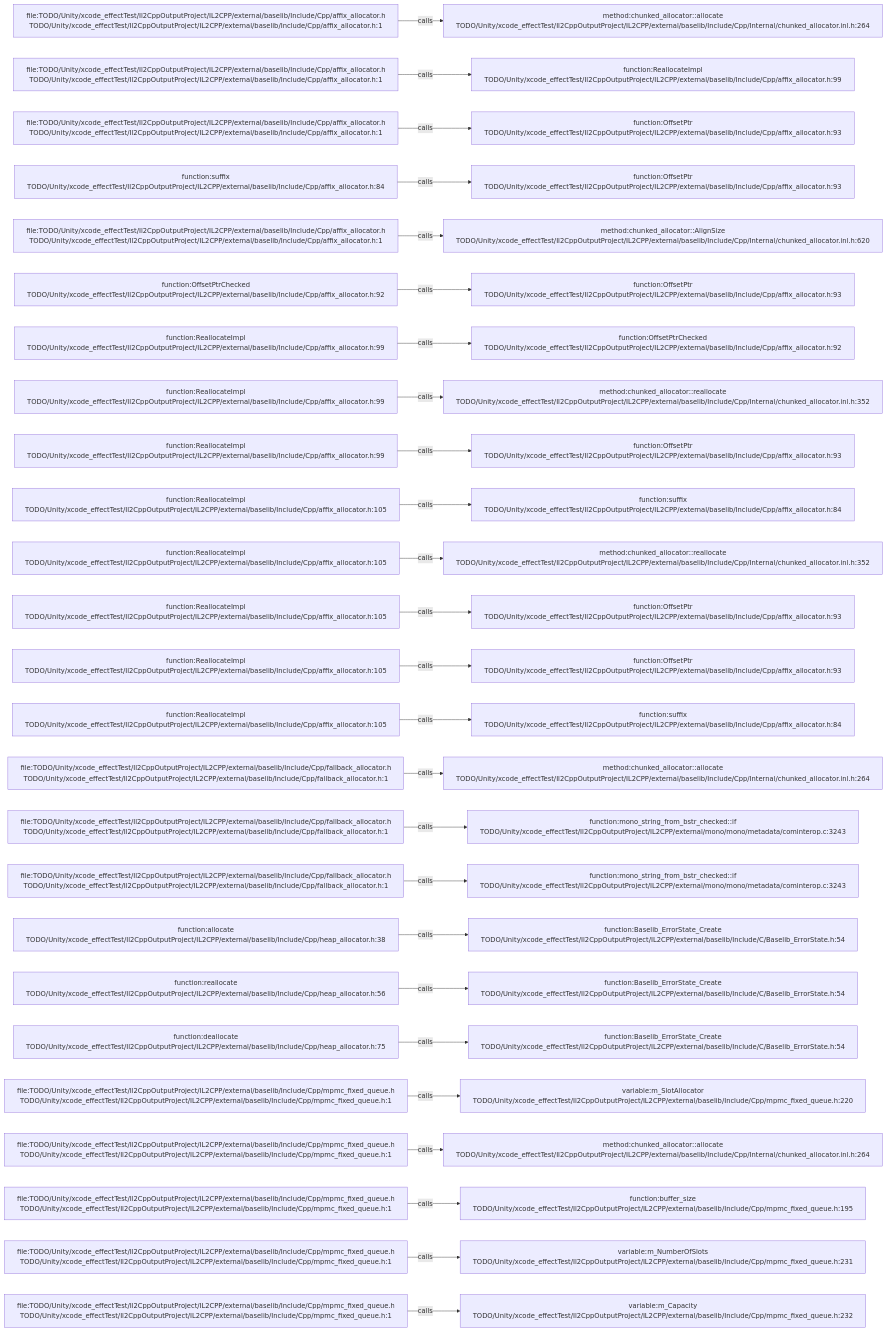
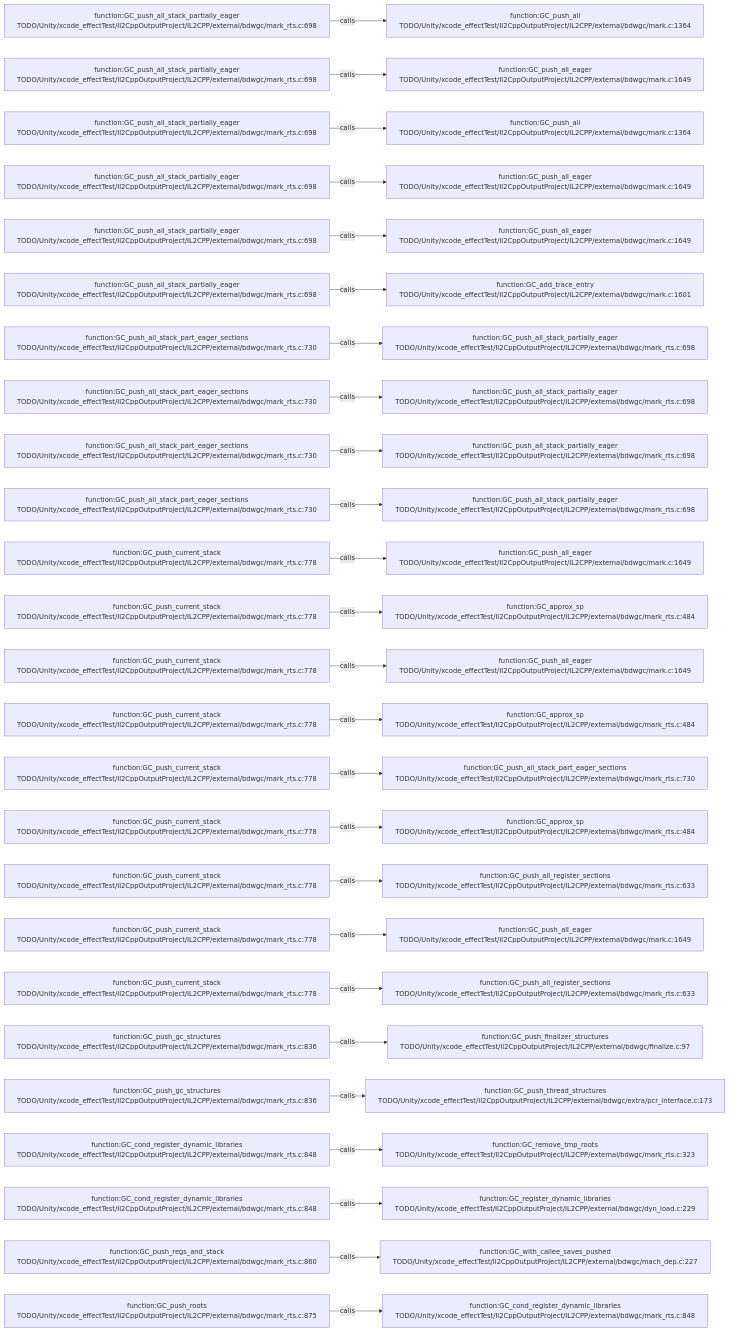
The diagram in .codegraph/codegraph.md/graphs/calls-136.md (JobsKits/JobsSwiftBaseConfigDemo), drawn with Mermaid before and after one commit. The commit also changed 227 other files, not shown here.

````diff
--- a/.codegraph/codegraph.md/graphs/calls-136.md
+++ b/.codegraph/codegraph.md/graphs/calls-136.md
@@ -13,78 +13,78 @@
 ```mermaid
 flowchart LR
-  S1["file:TODO/Unity/xcode_effectTest/Il2CppOutputProject/IL2CPP/external/baselib/Include/Cpp/affix_allocator.h<br/>TODO/Unity/xcode_effectTest/Il2CppOutputProject/IL2CPP/external/baselib/Include/Cpp/affix_allocator.h:1"]
-  T1["method:chunked_allocator::allocate<br/>TODO/Unity/xcode_effectTest/Il2CppOutputProject/IL2CPP/external/baselib/Include/Cpp/Internal/chunked_allocator.inl.h:264"]
+  S1["function:GC_push_all_stack_partially_eager<br/>TODO/Unity/xcode_effectTest/Il2CppOutputProject/IL2CPP/external/bdwgc/mark_rts.c:698"]
+  T1["function:GC_push_all<br/>TODO/Unity/xcode_effectTest/Il2CppOutputProject/IL2CPP/external/bdwgc/mark.c:1364"]
   S1 -->|calls| T1
-  S2["file:TODO/Unity/xcode_effectTest/Il2CppOutputProject/IL2CPP/external/baselib/Include/Cpp/affix_allocator.h<br/>TODO/Unity/xcode_effectTest/Il2CppOutputProject/IL2CPP/external/baselib/Include/Cpp/affix_allocator.h:1"]
-  T2["function:ReallocateImpl<br/>TODO/Unity/xcode_effectTest/Il2CppOutputProject/IL2CPP/external/baselib/Include/Cpp/affix_allocator.h:99"]
+  S2["function:GC_push_all_stack_partially_eager<br/>TODO/Unity/xcode_effectTest/Il2CppOutputProject/IL2CPP/external/bdwgc/mark_rts.c:698"]
+  T2["function:GC_push_all_eager<br/>TODO/Unity/xcode_effectTest/Il2CppOutputProject/IL2CPP/external/bdwgc/mark.c:1649"]
   S2 -->|calls| T2
-  S3["file:TODO/Unity/xcode_effectTest/Il2CppOutputProject/IL2CPP/external/baselib/Include/Cpp/affix_allocator.h<br/>TODO/Unity/xcode_effectTest/Il2CppOutputProject/IL2CPP/external/baselib/Include/Cpp/affix_allocator.h:1"]
-  T3["function:OffsetPtr<br/>TODO/Unity/xcode_effectTest/Il2CppOutputProject/IL2CPP/external/baselib/Include/Cpp/affix_allocator.h:93"]
+  S3["function:GC_push_all_stack_partially_eager<br/>TODO/Unity/xcode_effectTest/Il2CppOutputProject/IL2CPP/external/bdwgc/mark_rts.c:698"]
+  T3["function:GC_push_all<br/>TODO/Unity/xcode_effectTest/Il2CppOutputProject/IL2CPP/external/bdwgc/mark.c:1364"]
   S3 -->|calls| T3
-  S4["function:suffix<br/>TODO/Unity/xcode_effectTest/Il2CppOutputProject/IL2CPP/external/baselib/Include/Cpp/affix_allocator.h:84"]
-  T4["function:OffsetPtr<br/>TODO/Unity/xcode_effectTest/Il2CppOutputProject/IL2CPP/external/baselib/Include/Cpp/affix_allocator.h:93"]
+  S4["function:GC_push_all_stack_partially_eager<br/>TODO/Unity/xcode_effectTest/Il2CppOutputProject/IL2CPP/external/bdwgc/mark_rts.c:698"]
+  T4["function:GC_push_all_eager<br/>TODO/Unity/xcode_effectTest/Il2CppOutputProject/IL2CPP/external/bdwgc/mark.c:1649"]
   S4 -->|calls| T4
-  S5["file:TODO/Unity/xcode_effectTest/Il2CppOutputProject/IL2CPP/external/baselib/Include/Cpp/affix_allocator.h<br/>TODO/Unity/xcode_effectTest/Il2CppOutputProject/IL2CPP/external/baselib/Include/Cpp/affix_allocator.h:1"]
-  T5["method:chunked_allocator::AlignSize<br/>TODO/Unity/xcode_effectTest/Il2CppOutputProject/IL2CPP/external/baselib/Include/Cpp/Internal/chunked_allocator.inl.h:620"]
+  S5["function:GC_push_all_stack_partially_eager<br/>TODO/Unity/xcode_effectTest/Il2CppOutputProject/IL2CPP/external/bdwgc/mark_rts.c:698"]
+  T5["function:GC_push_all_eager<br/>TODO/Unity/xcode_effectTest/Il2CppOutputProject/IL2CPP/external/bdwgc/mark.c:1649"]
   S5 -->|calls| T5
-  S6["function:OffsetPtrChecked<br/>TODO/Unity/xcode_effectTest/Il2CppOutputProject/IL2CPP/external/baselib/Include/Cpp/affix_allocator.h:92"]
-  T6["function:OffsetPtr<br/>TODO/Unity/xcode_effectTest/Il2CppOutputProject/IL2CPP/external/baselib/Include/Cpp/affix_allocator.h:93"]
+  S6["function:GC_push_all_stack_partially_eager<br/>TODO/Unity/xcode_effectTest/Il2CppOutputProject/IL2CPP/external/bdwgc/mark_rts.c:698"]
+  T6["function:GC_add_trace_entry<br/>TODO/Unity/xcode_effectTest/Il2CppOutputProject/IL2CPP/external/bdwgc/mark.c:1601"]
   S6 -->|calls| T6
-  S7["function:ReallocateImpl<br/>TODO/Unity/xcode_effectTest/Il2CppOutputProject/IL2CPP/external/baselib/Include/Cpp/affix_allocator.h:99"]
-  T7["function:OffsetPtrChecked<br/>TODO/Unity/xcode_effectTest/Il2CppOutputProject/IL2CPP/external/baselib/Include/Cpp/affix_allocator.h:92"]
+  S7["function:GC_push_all_stack_part_eager_sections<br/>TODO/Unity/xcode_effectTest/Il2CppOutputProject/IL2CPP/external/bdwgc/mark_rts.c:730"]
+  T7["function:GC_push_all_stack_partially_eager<br/>TODO/Unity/xcode_effectTest/Il2CppOutputProject/IL2CPP/external/bdwgc/mark_rts.c:698"]
   S7 -->|calls| T7
-  S8["function:ReallocateImpl<br/>TODO/Unity/xcode_effectTest/Il2CppOutputProject/IL2CPP/external/baselib/Include/Cpp/affix_allocator.h:99"]
-  T8["method:chunked_allocator::reallocate<br/>TODO/Unity/xcode_effectTest/Il2CppOutputProject/IL2CPP/external/baselib/Include/Cpp/Internal/chunked_allocator.inl.h:352"]
+  S8["function:GC_push_all_stack_part_eager_sections<br/>TODO/Unity/xcode_effectTest/Il2CppOutputProject/IL2CPP/external/bdwgc/mark_rts.c:730"]
+  T8["function:GC_push_all_stack_partially_eager<br/>TODO/Unity/xcode_effectTest/Il2CppOutputProject/IL2CPP/external/bdwgc/mark_rts.c:698"]
   S8 -->|calls| T8
-  S9["function:ReallocateImpl<br/>TODO/Unity/xcode_effectTest/Il2CppOutputProject/IL2CPP/external/baselib/Include/Cpp/affix_allocator.h:99"]
-  T9["function:OffsetPtr<br/>TODO/Unity/xcode_effectTest/Il2CppOutputProject/IL2CPP/external/baselib/Include/Cpp/affix_allocator.h:93"]
+  S9["function:GC_push_all_stack_part_eager_sections<br/>TODO/Unity/xcode_effectTest/Il2CppOutputProject/IL2CPP/external/bdwgc/mark_rts.c:730"]
+  T9["function:GC_push_all_stack_partially_eager<br/>TODO/Unity/xcode_effectTest/Il2CppOutputProject/IL2CPP/external/bdwgc/mark_rts.c:698"]
   S9 -->|calls| T9
-  S10["function:ReallocateImpl<br/>TODO/Unity/xcode_effectTest/Il2CppOutputProject/IL2CPP/external/baselib/Include/Cpp/affix_allocator.h:105"]
-  T10["function:suffix<br/>TODO/Unity/xcode_effectTest/Il2CppOutputProject/IL2CPP/external/baselib/Include/Cpp/affix_allocator.h:84"]
+  S10["function:GC_push_all_stack_part_eager_sections<br/>TODO/Unity/xcode_effectTest/Il2CppOutputProject/IL2CPP/external/bdwgc/mark_rts.c:730"]
+  T10["function:GC_push_all_stack_partially_eager<br/>TODO/Unity/xcode_effectTest/Il2CppOutputProject/IL2CPP/external/bdwgc/mark_rts.c:698"]
   S10 -->|calls| T10
-  S11["function:ReallocateImpl<br/>TODO/Unity/xcode_effectTest/Il2CppOutputProject/IL2CPP/external/baselib/Include/Cpp/affix_allocator.h:105"]
-  T11["method:chunked_allocator::reallocate<br/>TODO/Unity/xcode_effectTest/Il2CppOutputProject/IL2CPP/external/baselib/Include/Cpp/Internal/chunked_allocator.inl.h:352"]
+  S11["function:GC_push_current_stack<br/>TODO/Unity/xcode_effectTest/Il2CppOutputProject/IL2CPP/external/bdwgc/mark_rts.c:778"]
+  T11["function:GC_push_all_eager<br/>TODO/Unity/xcode_effectTest/Il2CppOutputProject/IL2CPP/external/bdwgc/mark.c:1649"]
   S11 -->|calls| T11
-  S12["function:ReallocateImpl<br/>TODO/Unity/xcode_effectTest/Il2CppOutputProject/IL2CPP/external/baselib/Include/Cpp/affix_allocator.h:105"]
-  T12["function:OffsetPtr<br/>TODO/Unity/xcode_effectTest/Il2CppOutputProject/IL2CPP/external/baselib/Include/Cpp/affix_allocator.h:93"]
+  S12["function:GC_push_current_stack<br/>TODO/Unity/xcode_effectTest/Il2CppOutputProject/IL2CPP/external/bdwgc/mark_rts.c:778"]
+  T12["function:GC_approx_sp<br/>TODO/Unity/xcode_effectTest/Il2CppOutputProject/IL2CPP/external/bdwgc/mark_rts.c:484"]
   S12 -->|calls| T12
-  S13["function:ReallocateImpl<br/>TODO/Unity/xcode_effectTest/Il2CppOutputProject/IL2CPP/external/baselib/Include/Cpp/affix_allocator.h:105"]
-  T13["function:OffsetPtr<br/>TODO/Unity/xcode_effectTest/Il2CppOutputProject/IL2CPP/external/baselib/Include/Cpp/affix_allocator.h:93"]
+  S13["function:GC_push_current_stack<br/>TODO/Unity/xcode_effectTest/Il2CppOutputProject/IL2CPP/external/bdwgc/mark_rts.c:778"]
+  T13["function:GC_push_all_eager<br/>TODO/Unity/xcode_effectTest/Il2CppOutputProject/IL2CPP/external/bdwgc/mark.c:1649"]
   S13 -->|calls| T13
-  S14["function:ReallocateImpl<br/>TODO/Unity/xcode_effectTest/Il2CppOutputProject/IL2CPP/external/baselib/Include/Cpp/affix_allocator.h:105"]
-  T14["function:suffix<br/>TODO/Unity/xcode_effectTest/Il2CppOutputProject/IL2CPP/external/baselib/Include/Cpp/affix_allocator.h:84"]
+  S14["function:GC_push_current_stack<br/>TODO/Unity/xcode_effectTest/Il2CppOutputProject/IL2CPP/external/bdwgc/mark_rts.c:778"]
+  T14["function:GC_approx_sp<br/>TODO/Unity/xcode_effectTest/Il2CppOutputProject/IL2CPP/external/bdwgc/mark_rts.c:484"]
   S14 -->|calls| T14
-  S15["file:TODO/Unity/xcode_effectTest/Il2CppOutputProject/IL2CPP/external/baselib/Include/Cpp/fallback_allocator.h<br/>TODO/Unity/xcode_effectTest/Il2CppOutputProject/IL2CPP/external/baselib/Include/Cpp/fallback_allocator.h:1"]
-  T15["method:chunked_allocator::allocate<br/>TODO/Unity/xcode_effectTest/Il2CppOutputProject/IL2CPP/external/baselib/Include/Cpp/Internal/chunked_allocator.inl.h:264"]
+  S15["function:GC_push_current_stack<br/>TODO/Unity/xcode_effectTest/Il2CppOutputProject/IL2CPP/external/bdwgc/mark_rts.c:778"]
+  T15["function:GC_push_all_stack_part_eager_sections<br/>TODO/Unity/xcode_effectTest/Il2CppOutputProject/IL2CPP/external/bdwgc/mark_rts.c:730"]
   S15 -->|calls| T15
-  S16["file:TODO/Unity/xcode_effectTest/Il2CppOutputProject/IL2CPP/external/baselib/Include/Cpp/fallback_allocator.h<br/>TODO/Unity/xcode_effectTest/Il2CppOutputProject/IL2CPP/external/baselib/Include/Cpp/fallback_allocator.h:1"]
-  T16["function:mono_string_from_bstr_checked::if<br/>TODO/Unity/xcode_effectTest/Il2CppOutputProject/IL2CPP/external/mono/mono/metadata/cominterop.c:3243"]
+  S16["function:GC_push_current_stack<br/>TODO/Unity/xcode_effectTest/Il2CppOutputProject/IL2CPP/external/bdwgc/mark_rts.c:778"]
+  T16["function:GC_approx_sp<br/>TODO/Unity/xcode_effectTest/Il2CppOutputProject/IL2CPP/external/bdwgc/mark_rts.c:484"]
   S16 -->|calls| T16
-  S17["file:TODO/Unity/xcode_effectTest/Il2CppOutputProject/IL2CPP/external/baselib/Include/Cpp/fallback_allocator.h<br/>TODO/Unity/xcode_effectTest/Il2CppOutputProject/IL2CPP/external/baselib/Include/Cpp/fallback_allocator.h:1"]
-  T17["function:mono_string_from_bstr_checked::if<br/>TODO/Unity/xcode_effectTest/Il2CppOutputProject/IL2CPP/external/mono/mono/metadata/cominterop.c:3243"]
+  S17["function:GC_push_current_stack<br/>TODO/Unity/xcode_effectTest/Il2CppOutputProject/IL2CPP/external/bdwgc/mark_rts.c:778"]
+  T17["function:GC_push_all_register_sections<br/>TODO/Unity/xcode_effectTest/Il2CppOutputProject/IL2CPP/external/bdwgc/mark_rts.c:633"]
   S17 -->|calls| T17
-  S18["function:allocate<br/>TODO/Unity/xcode_effectTest/Il2CppOutputProject/IL2CPP/external/baselib/Include/Cpp/heap_allocator.h:38"]
-  T18["function:Baselib_ErrorState_Create<br/>TODO/Unity/xcode_effectTest/Il2CppOutputProject/IL2CPP/external/baselib/Include/C/Baselib_ErrorState.h:54"]
+  S18["function:GC_push_current_stack<br/>TODO/Unity/xcode_effectTest/Il2CppOutputProject/IL2CPP/external/bdwgc/mark_rts.c:778"]
+  T18["function:GC_push_all_eager<br/>TODO/Unity/xcode_effectTest/Il2CppOutputProject/IL2CPP/external/bdwgc/mark.c:1649"]
   S18 -->|calls| T18
-  S19["function:reallocate<br/>TODO/Unity/xcode_effectTest/Il2CppOutputProject/IL2CPP/external/baselib/Include/Cpp/heap_allocator.h:56"]
-  T19["function:Baselib_ErrorState_Create<br/>TODO/Unity/xcode_effectTest/Il2CppOutputProject/IL2CPP/external/baselib/Include/C/Baselib_ErrorState.h:54"]
+  S19["function:GC_push_current_stack<br/>TODO/Unity/xcode_effectTest/Il2CppOutputProject/IL2CPP/external/bdwgc/mark_rts.c:778"]
+  T19["function:GC_push_all_register_sections<br/>TODO/Unity/xcode_effectTest/Il2CppOutputProject/IL2CPP/external/bdwgc/mark_rts.c:633"]
   S19 -->|calls| T19
-  S20["function:deallocate<br/>TODO/Unity/xcode_effectTest/Il2CppOutputProject/IL2CPP/external/baselib/Include/Cpp/heap_allocator.h:75"]
-  T20["function:Baselib_ErrorState_Create<br/>TODO/Unity/xcode_effectTest/Il2CppOutputProject/IL2CPP/external/baselib/Include/C/Baselib_ErrorState.h:54"]
+  S20["function:GC_push_gc_structures<br/>TODO/Unity/xcode_effectTest/Il2CppOutputProject/IL2CPP/external/bdwgc/mark_rts.c:836"]
+  T20["function:GC_push_finalizer_structures<br/>TODO/Unity/xcode_effectTest/Il2CppOutputProject/IL2CPP/external/bdwgc/finalize.c:97"]
   S20 -->|calls| T20
-  S21["file:TODO/Unity/xcode_effectTest/Il2CppOutputProject/IL2CPP/external/baselib/Include/Cpp/mpmc_fixed_queue.h<br/>TODO/Unity/xcode_effectTest/Il2CppOutputProject/IL2CPP/external/baselib/Include/Cpp/mpmc_fixed_queue.h:1"]
-  T21["variable:m_SlotAllocator<br/>TODO/Unity/xcode_effectTest/Il2CppOutputProject/IL2CPP/external/baselib/Include/Cpp/mpmc_fixed_queue.h:220"]
+  S21["function:GC_push_gc_structures<br/>TODO/Unity/xcode_effectTest/Il2CppOutputProject/IL2CPP/external/bdwgc/mark_rts.c:836"]
+  T21["function:GC_push_thread_structures<br/>TODO/Unity/xcode_effectTest/Il2CppOutputProject/IL2CPP/external/bdwgc/extra/pcr_interface.c:173"]
   S21 -->|calls| T21
-  S22["file:TODO/Unity/xcode_effectTest/Il2CppOutputProject/IL2CPP/external/baselib/Include/Cpp/mpmc_fixed_queue.h<br/>TODO/Unity/xcode_effectTest/Il2CppOutputProject/IL2CPP/external/baselib/Include/Cpp/mpmc_fixed_queue.h:1"]
-  T22["method:chunked_allocator::allocate<br/>TODO/Unity/xcode_effectTest/Il2CppOutputProject/IL2CPP/external/baselib/Include/Cpp/Internal/chunked_allocator.inl.h:264"]
+  S22["function:GC_cond_register_dynamic_libraries<br/>TODO/Unity/xcode_effectTest/Il2CppOutputProject/IL2CPP/external/bdwgc/mark_rts.c:848"]
+  T22["function:GC_remove_tmp_roots<br/>TODO/Unity/xcode_effectTest/Il2CppOutputProject/IL2CPP/external/bdwgc/mark_rts.c:323"]
   S22 -->|calls| T22
-  S23["file:TODO/Unity/xcode_effectTest/Il2CppOutputProject/IL2CPP/external/baselib/Include/Cpp/mpmc_fixed_queue.h<br/>TODO/Unity/xcode_effectTest/Il2CppOutputProject/IL2CPP/external/baselib/Include/Cpp/mpmc_fixed_queue.h:1"]
-  T23["function:buffer_size<br/>TODO/Unity/xcode_effectTest/Il2CppOutputProject/IL2CPP/external/baselib/Include/Cpp/mpmc_fixed_queue.h:195"]
+  S23["function:GC_cond_register_dynamic_libraries<br/>TODO/Unity/xcode_effectTest/Il2CppOutputProject/IL2CPP/external/bdwgc/mark_rts.c:848"]
+  T23["function:GC_register_dynamic_libraries<br/>TODO/Unity/xcode_effectTest/Il2CppOutputProject/IL2CPP/external/bdwgc/dyn_load.c:229"]
   S23 -->|calls| T23
-  S24["file:TODO/Unity/xcode_effectTest/Il2CppOutputProject/IL2CPP/external/baselib/Include/Cpp/mpmc_fixed_queue.h<br/>TODO/Unity/xcode_effectTest/Il2CppOutputProject/IL2CPP/external/baselib/Include/Cpp/mpmc_fixed_queue.h:1"]
-  T24["variable:m_NumberOfSlots<br/>TODO/Unity/xcode_effectTest/Il2CppOutputProject/IL2CPP/external/baselib/Include/Cpp/mpmc_fixed_queue.h:231"]
+  S24["function:GC_push_regs_and_stack<br/>TODO/Unity/xcode_effectTest/Il2CppOutputProject/IL2CPP/external/bdwgc/mark_rts.c:860"]
+  T24["function:GC_with_callee_saves_pushed<br/>TODO/Unity/xcode_effectTest/Il2CppOutputProject/IL2CPP/external/bdwgc/mach_dep.c:227"]
   S24 -->|calls| T24
-  S25["file:TODO/Unity/xcode_effectTest/Il2CppOutputProject/IL2CPP/external/baselib/Include/Cpp/mpmc_fixed_queue.h<br/>TODO/Unity/xcode_effectTest/Il2CppOutputProject/IL2CPP/external/baselib/Include/Cpp/mpmc_fixed_queue.h:1"]
-  T25["variable:m_Capacity<br/>TODO/Unity/xcode_effectTest/Il2CppOutputProject/IL2CPP/external/baselib/Include/Cpp/mpmc_fixed_queue.h:232"]
+  S25["function:GC_push_roots<br/>TODO/Unity/xcode_effectTest/Il2CppOutputProject/IL2CPP/external/bdwgc/mark_rts.c:875"]
+  T25["function:GC_cond_register_dynamic_libraries<br/>TODO/Unity/xcode_effectTest/Il2CppOutputProject/IL2CPP/external/bdwgc/mark_rts.c:848"]
   S25 -->|calls| T25
 ```
````
